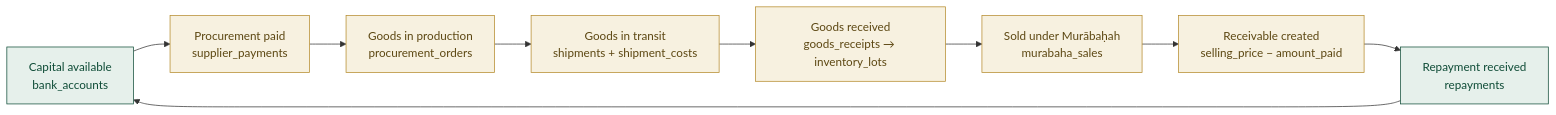
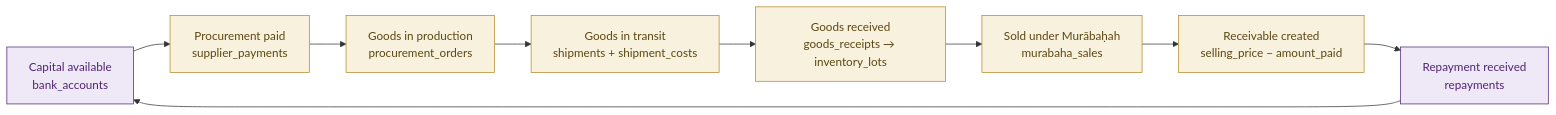
Before and after one commit to samiah1504/Maalrise-Operation: the first of 2 diagrams in docs/erd.md, drawn with Mermaid. The commit also changed 17 other files, not shown here.

````diff
--- a/docs/erd.md
+++ b/docs/erd.md
@@ -8,16 +8,16 @@
 ```mermaid
 flowchart LR
   A["Capital available<br/>bank_accounts"] --> B["Procurement paid<br/>supplier_payments"]
   B --> C["Goods in production<br/>procurement_orders"]
   C --> D["Goods in transit<br/>shipments + shipment_costs"]
   D --> E["Goods received<br/>goods_receipts → inventory_lots"]
   E --> F["Sold under Murābaḥah<br/>murabaha_sales"]
   F --> G["Receivable created<br/>selling_price − amount_paid"]
   G --> H["Repayment received<br/>repayments"]
   H --> A
 
-  classDef cash fill:#e6f0eb,stroke:#0f4c37,color:#0f4c37
-  classDef stock fill:#f7f1e0,stroke:#b58a2b,color:#5c4712
+  classDef cash fill:#efe8f6,stroke:#4f2574,color:#4f2574
+  classDef stock fill:#f8f1de,stroke:#b58a2b,color:#5c4712
   class A,H cash
   class B,C,D,E,F,G stock
 ```
````
